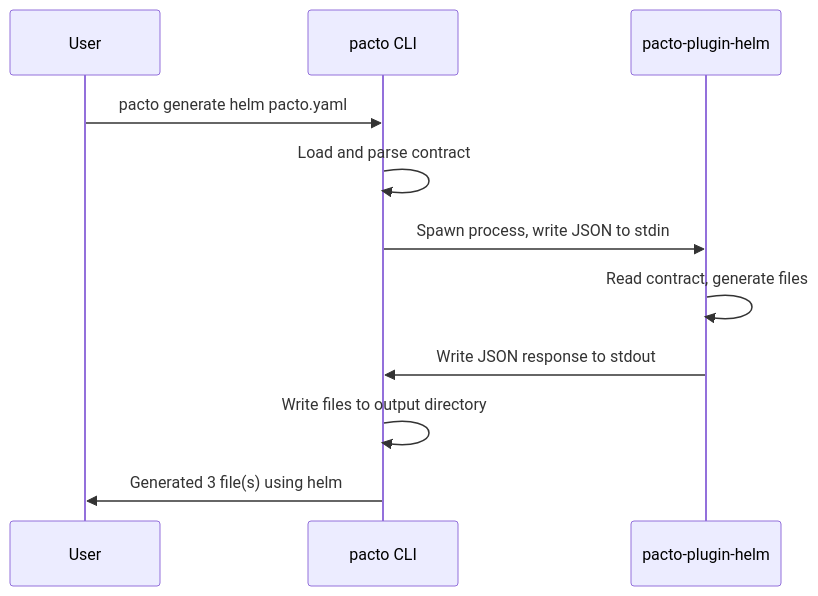
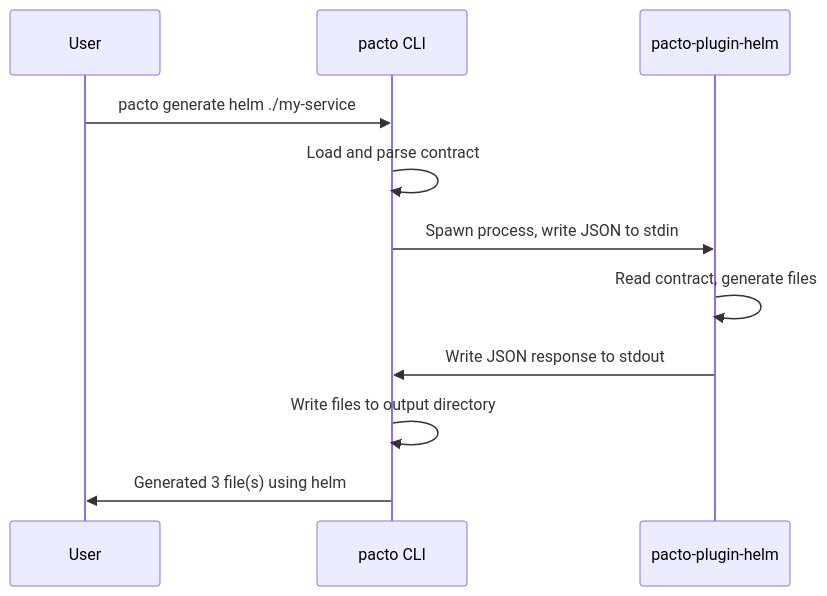
Before and after one commit to TrianaLab/pacto: the diagram in docs/plugins.md, drawn with Mermaid. The commit also changed other lines of this file and 201 other files, not shown here.

````diff
--- a/docs/plugins.md
+++ b/docs/plugins.md
@@ -41,14 +41,14 @@
 ```mermaid
 sequenceDiagram
     participant User
     participant Pacto as pacto CLI
     participant Plugin as pacto-plugin-helm
 
-    User->>Pacto: pacto generate helm pacto.yaml
+    User->>Pacto: pacto generate helm ./my-service
     Pacto->>Pacto: Load and parse contract
     Pacto->>Plugin: Spawn process, write JSON to stdin
     Plugin->>Plugin: Read contract, generate files
     Plugin->>Pacto: Write JSON response to stdout
     Pacto->>Pacto: Write files to output directory
     Pacto->>User: Generated 3 file(s) using helm
 ```
````
